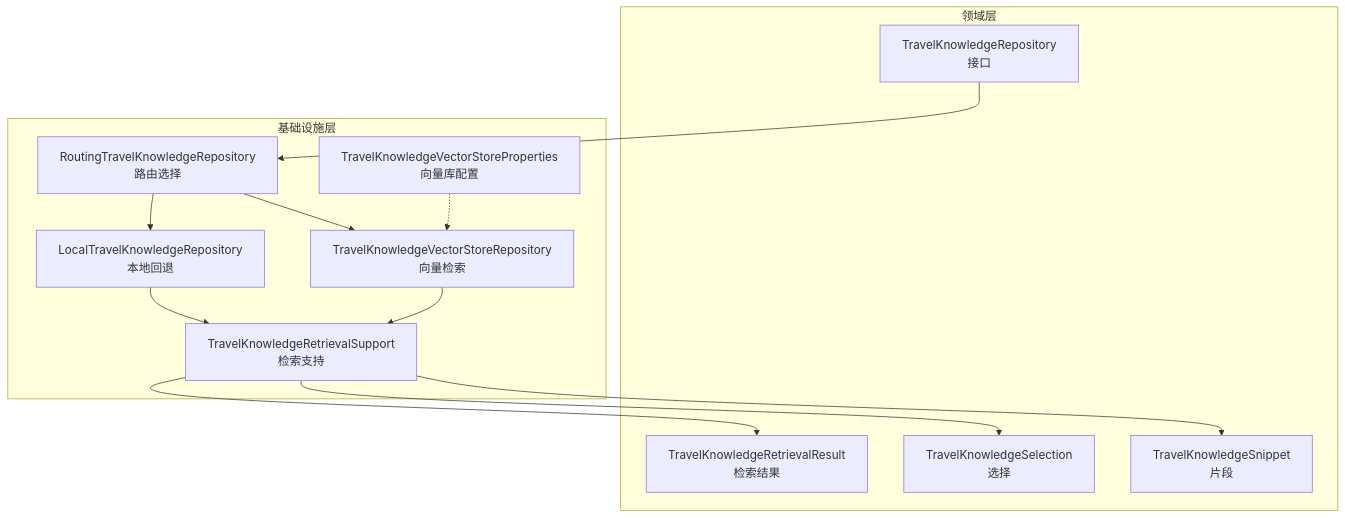
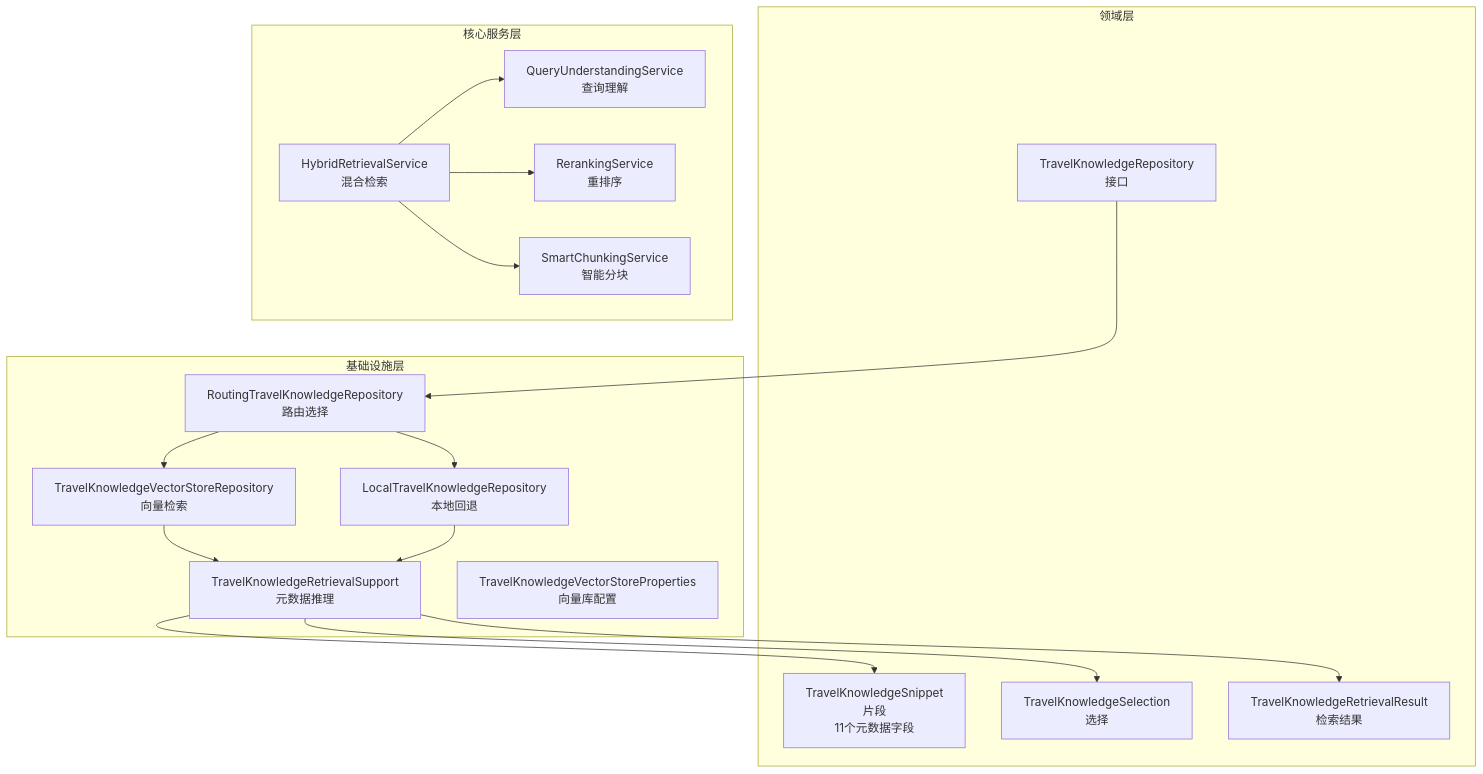
One commit to Sinlair/TravelAgent changed the first of 9 diagrams in .qoder/repowiki/zh/content/知识管理系统/RAG实现细节.md. Above: the diagram before and after it, drawn with Mermaid. The commit also changed other lines of this file and 53 other files, not shown here.

````diff
--- a/.qoder/repowiki/zh/content/知识管理系统/RAG实现细节.md
+++ b/.qoder/repowiki/zh/content/知识管理系统/RAG实现细节.md
@@ -39,25 +56,33 @@
 ```mermaid
 graph TB
 subgraph "领域层"
-VO1["TravelKnowledgeSnippet<br/>片段"]
+VO1["TravelKnowledgeSnippet<br/>片段<br/>11个元数据字段"]
 VO2["TravelKnowledgeSelection<br/>选择"]
 VO3["TravelKnowledgeRetrievalResult<br/>检索结果"]
 IF1["TravelKnowledgeRepository<br/>接口"]
 end
 subgraph "基础设施层"
-SUP["TravelKnowledgeRetrievalSupport<br/>检索支持"]
+SUP["TravelKnowledgeRetrievalSupport<br/>元数据推理"]
 VEC["TravelKnowledgeVectorStoreRepository<br/>向量检索"]
 LOC["LocalTravelKnowledgeRepository<br/>本地回退"]
 ROUTE["RoutingTravelKnowledgeRepository<br/>路由选择"]
 CFG["TravelKnowledgeVectorStoreProperties<br/>向量库配置"]
+end
+subgraph "核心服务层"
+HRS["HybridRetrievalService<br/>混合检索"]
+QUS["QueryUnderstandingService<br/>查询理解"]
+RER["RerankingService<br/>重排序"]
+SCS["SmartChunkingService<br/>智能分块"]
 end
 IF1 --> ROUTE
 ROUTE --> VEC
 ROUTE --> LOC
 VEC --> SUP
 LOC --> SUP
 SUP --> VO1
 SUP --> VO2
 SUP --> VO3
-CFG -.-> VEC
+HRS --> QUS
+HRS --> RER
+HRS --> SCS
 ```
````
